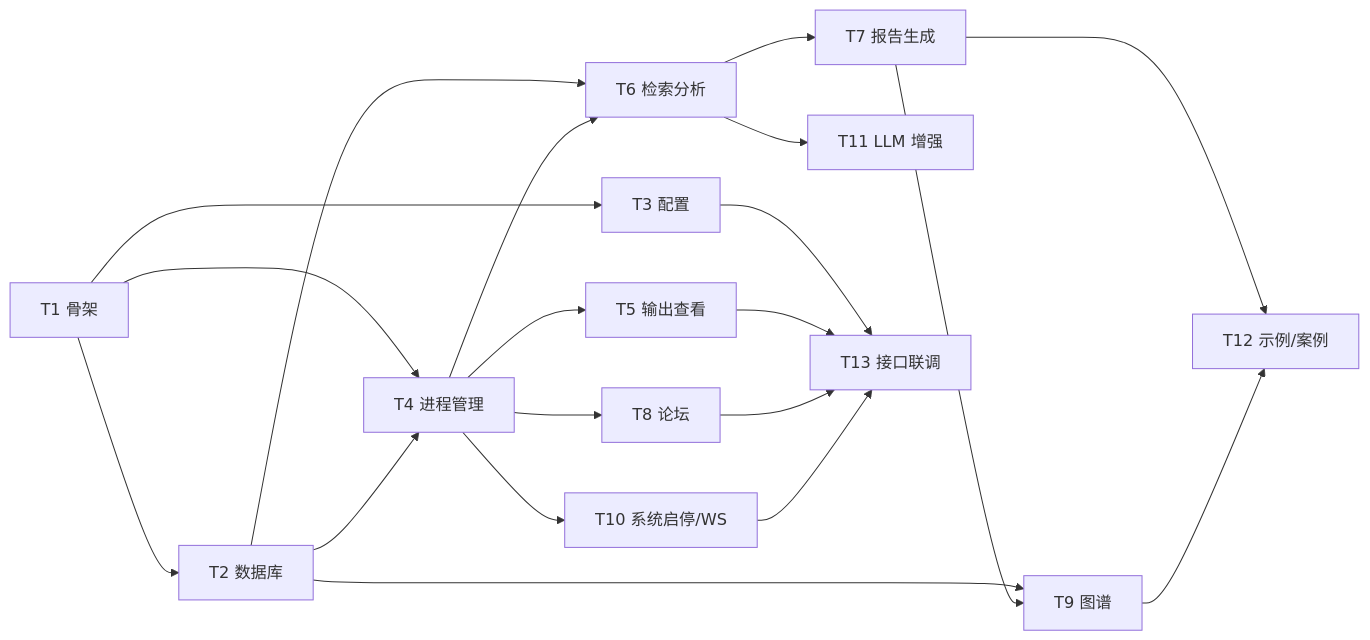
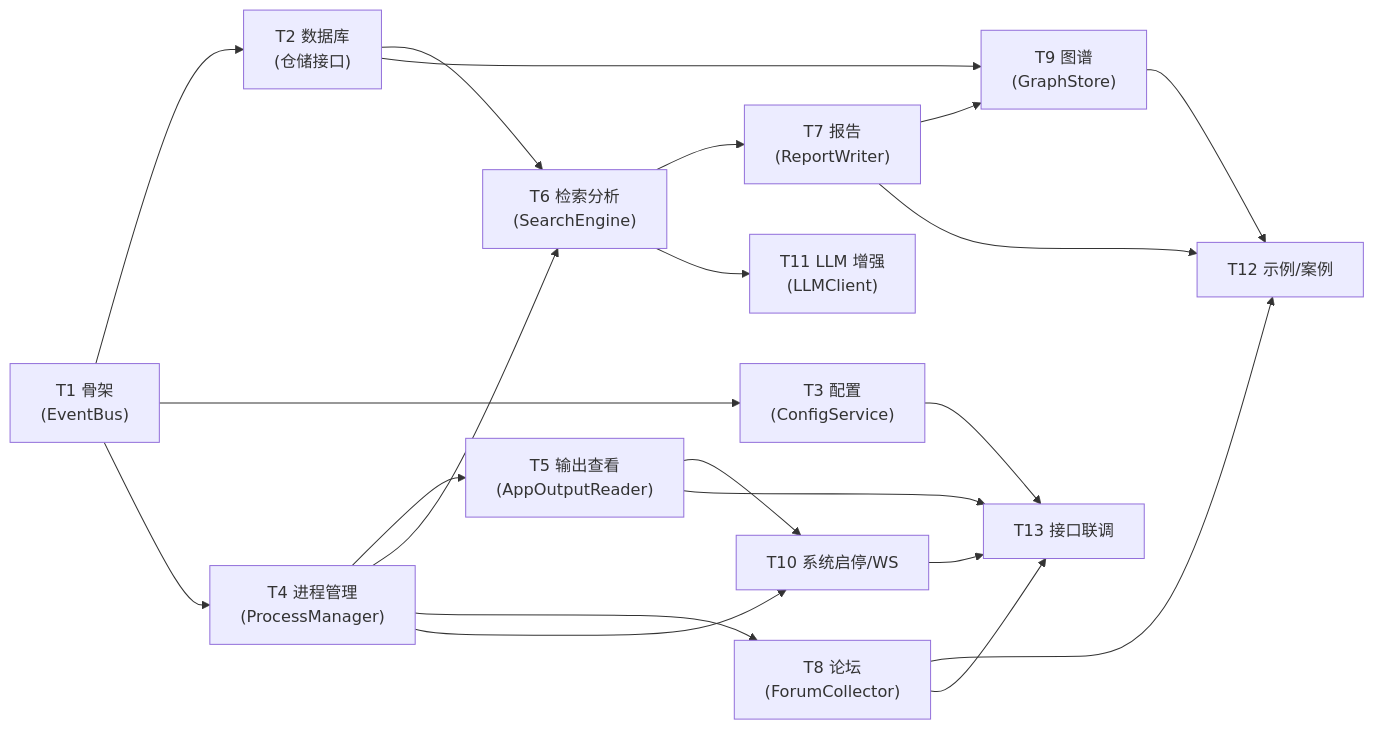
Before and after one commit to Neptune668/opineye: the sixth of 6 diagrams in 开发文档.md, drawn with Mermaid. The commit also changed other lines of this file, not shown here.

````diff
--- a/开发文档.md
+++ b/开发文档.md
@@ -588,22 +754,23 @@
 ```mermaid
 flowchart LR
-    T1["T1 骨架"] --> T2["T2 数据库"]
-    T1 --> T3["T3 配置"]
-    T1 --> T4["T4 进程管理"]
-    T2 --> T4
-    T2 --> T6["T6 检索分析"]
-    T4 --> T5["T5 输出查看"]
+    T1["T1 骨架<br/>(EventBus)"] --> T2["T2 数据库<br/>(仓储接口)"]
+    T1 --> T3["T3 配置<br/>(ConfigService)"]
+    T1 --> T4["T4 进程管理<br/>(ProcessManager)"]
+    T2 --> T6["T6 检索分析<br/>(SearchEngine)"]
+    T4 --> T5["T5 输出查看<br/>(AppOutputReader)"]
     T4 --> T6
-    T4 --> T8["T8 论坛"]
+    T4 --> T8["T8 论坛<br/>(ForumCollector)"]
     T4 --> T10["T10 系统启停/WS"]
-    T6 --> T7["T7 报告生成"]
-    T6 --> T11["T11 LLM 增强"]
-    T2 --> T9["T9 图谱"]
+    T5 --> T10
+    T6 --> T7["T7 报告<br/>(ReportWriter)"]
+    T6 --> T11["T11 LLM 增强<br/>(LLMClient)"]
+    T2 --> T9["T9 图谱<br/>(GraphStore)"]
     T7 --> T9
     T7 --> T12["T12 示例/案例"]
+    T8 --> T12
     T9 --> T12
     T3 --> T13["T13 接口联调"]
     T5 --> T13
     T8 --> T13
     T10 --> T13
 ```
````
